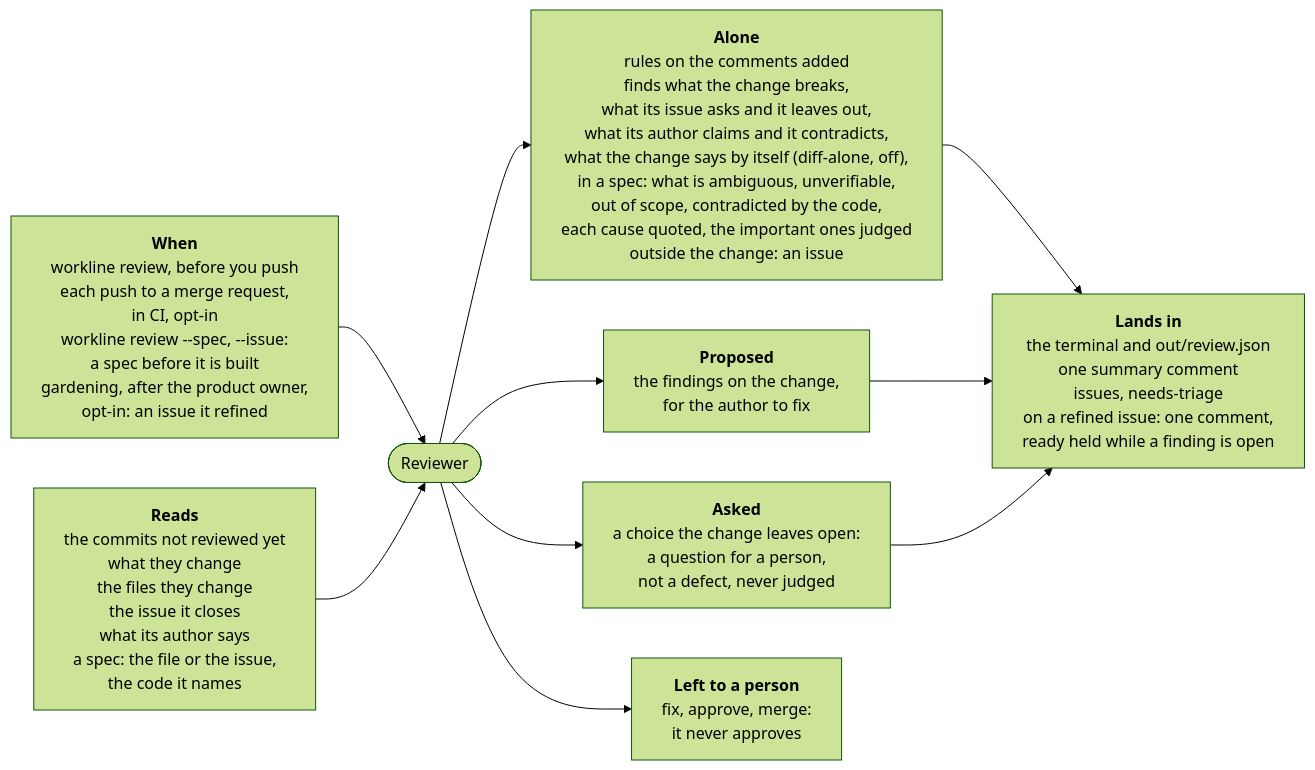
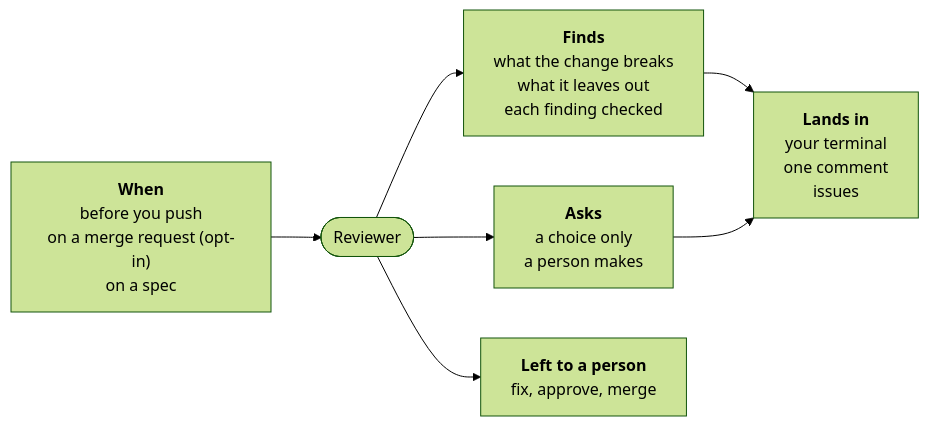
Before and after one commit to JN0V/workline: the diagram in roles/reviewer/README.md, drawn with Mermaid (forest theme). The commit also changed other lines of this file and 13 other files, not shown here.

````diff
--- a/roles/reviewer/README.md
+++ b/roles/reviewer/README.md
@@ -8,18 +8,13 @@
 ```mermaid
-%%{init: {"flowchart": {"wrappingWidth": 400}}}%%
 flowchart LR
-  when["<b>When</b><br/>workline review, before you push<br/>each push to a merge request,<br/>in CI, opt-in<br/>workline review --spec, --issue:<br/>a spec before it is built<br/>gardening, after the product owner,<br/>opt-in: an issue it refined"]
-  reads["<b>Reads</b><br/>the commits not reviewed yet<br/>what they change<br/>the files they change<br/>the issue it closes<br/>what its author says<br/>a spec: the file or the issue,<br/>the code it names"]
+  when["<b>When</b><br/>before you push<br/>on a merge request (opt-in)<br/>on a spec"]
   role(["Reviewer"])
-  alone["<b>Alone</b><br/>rules on the comments added<br/>finds what the change breaks,<br/>what its issue asks and it leaves out,<br/>what its author claims and it contradicts,<br/>what the change says by itself (diff-alone, off),<br/>in a spec: what is ambiguous, unverifiable,<br/>out of scope, contradicted by the code,<br/>each cause quoted, the important ones judged<br/>outside the change: an issue"]
-  proposed["<b>Proposed</b><br/>the findings on the change,<br/>for the author to fix"]
-  asked["<b>Asked</b><br/>a choice the change leaves open:<br/>a question for a person,<br/>not a defect, never judged"]
-  person["<b>Left to a person</b><br/>fix, approve, merge:<br/>it never approves"]
-  out["<b>Lands in</b><br/>the terminal and out/review.json<br/>one summary comment<br/>issues, needs-triage<br/>on a refined issue: one comment,<br/>ready held while a finding is open"]
+  finds["<b>Finds</b><br/>what the change breaks<br/>what it leaves out<br/>each finding checked"]
+  asks["<b>Asks</b><br/>a choice only<br/>a person makes"]
+  person["<b>Left to a person</b><br/>fix, approve, merge"]
+  out["<b>Lands in</b><br/>your terminal<br/>one comment<br/>issues"]
   when --> role
-  reads --> role
-  role --> alone --> out
-  role --> proposed --> out
-  role --> asked --> out
+  role --> finds --> out
+  role --> asks --> out
   role --> person
 ```
````
